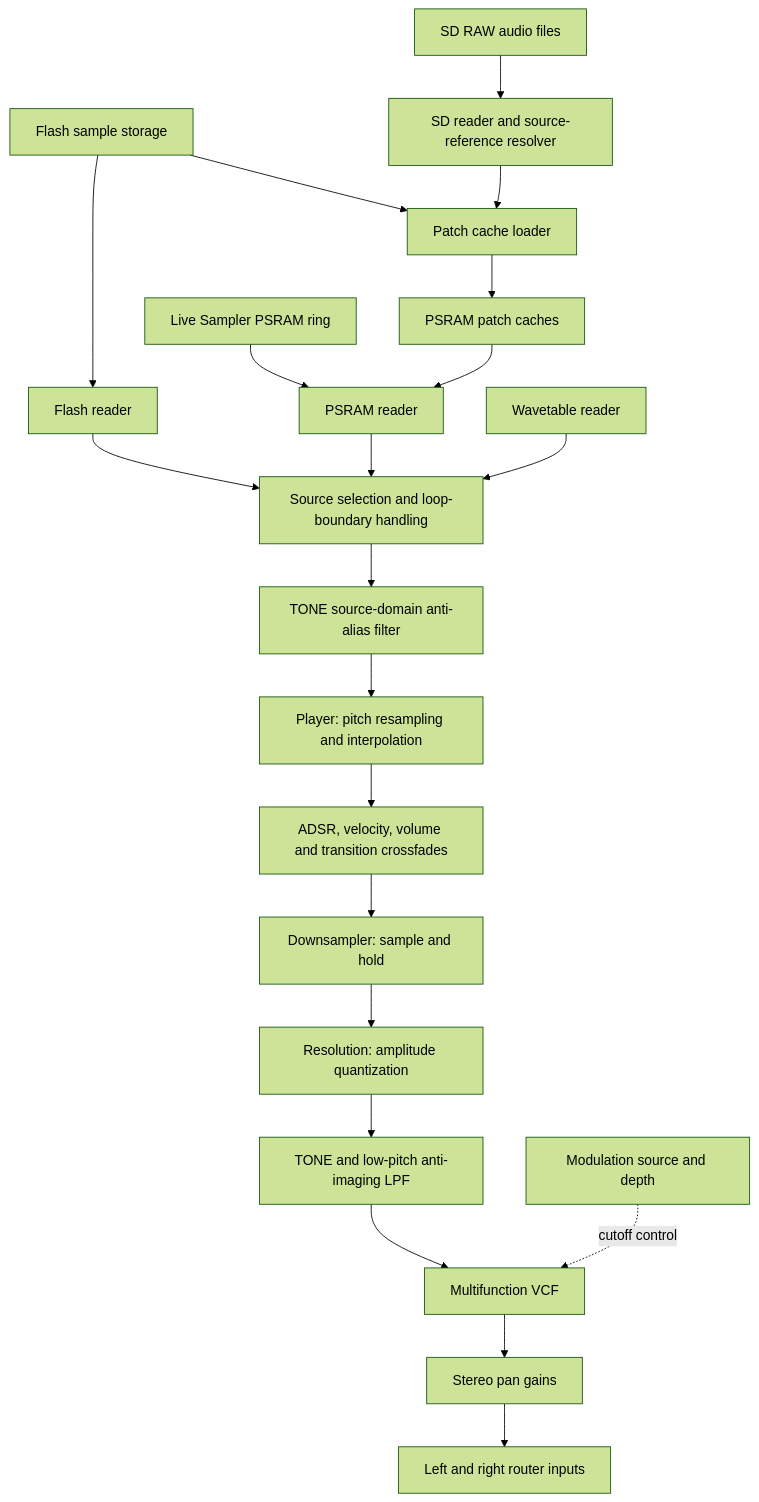
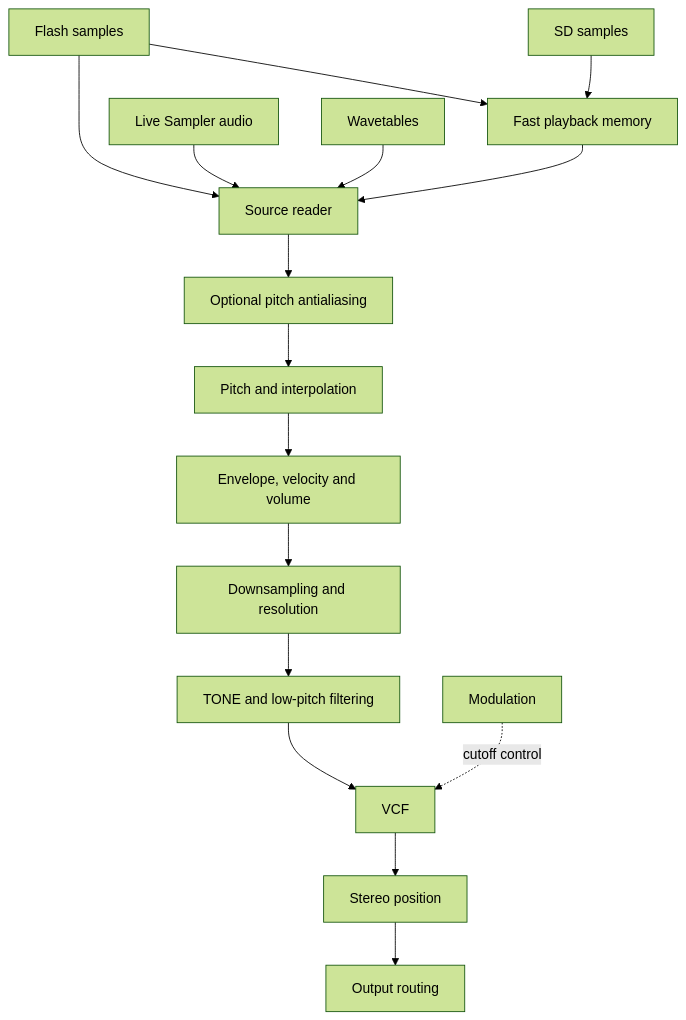
The second of 3 diagrams in FIRMWARE_ARCHITECTURE.md (SandroGrassia/Lilla_Audio_Sampler), drawn with Mermaid (forest theme) before and after one commit. The commit also changed other lines of this file and 1 other file, not shown here.

Commit message:
Simplify firmware architecture overview and separate implementation notes

````diff
--- a/FIRMWARE_ARCHITECTURE.md
+++ b/FIRMWARE_ARCHITECTURE.md
@@ -121,23 +96,18 @@
 ```mermaid
 flowchart TD
-    Flash[Flash sample storage] --> FR[Flash reader]
-    Flash --> Cache[Patch cache loader]
-    SD[SD RAW audio files] --> SR[SD reader and source-reference resolver]
-    SR --> Cache
-    Cache --> PS[PSRAM patch caches]
-    Live[Live Sampler PSRAM ring] --> PR[PSRAM reader]
-    PS --> PR
-    FR --> Source[Source selection and loop-boundary handling]
-    PR --> Source
-    WT[Wavetable reader] --> Source
-    Source --> AA[TONE source-domain anti-alias filter]
-    AA --> Player[Player: pitch resampling and interpolation]
-    Player --> Amp[ADSR, velocity, volume and transition crossfades]
-    Amp --> Down[Downsampler: sample and hold]
-    Down --> Resolution[Resolution: amplitude quantization]
-    Resolution --> Tone[TONE and low-pitch anti-imaging LPF]
-    Tone --> VCF[Multifunction VCF]
-    Mod[Modulation source and depth] -. cutoff control .-> VCF
-    VCF --> Pan[Stereo pan gains]
-    Pan --> LR[Left and right router inputs]
+    Flash[Flash samples] --> Reader[Source reader]
+    SD[SD samples] --> Cache[Fast playback memory]
+    Flash --> Cache
+    Cache --> Reader
+    Live[Live Sampler audio] --> Reader
+    WT[Wavetables] --> Reader
+    Reader --> AA[Optional pitch antialiasing]
+    AA --> Pitch[Pitch and interpolation]
+    Pitch --> Amp[Envelope, velocity and volume]
+    Amp --> Texture[Downsampling and resolution]
+    Texture --> Tone[TONE and low-pitch filtering]
+    Tone --> VCF[VCF]
+    Mod[Modulation] -. cutoff control .-> VCF
+    VCF --> Pan[Stereo position]
+    Pan --> Routing[Output routing]
 ```
````
